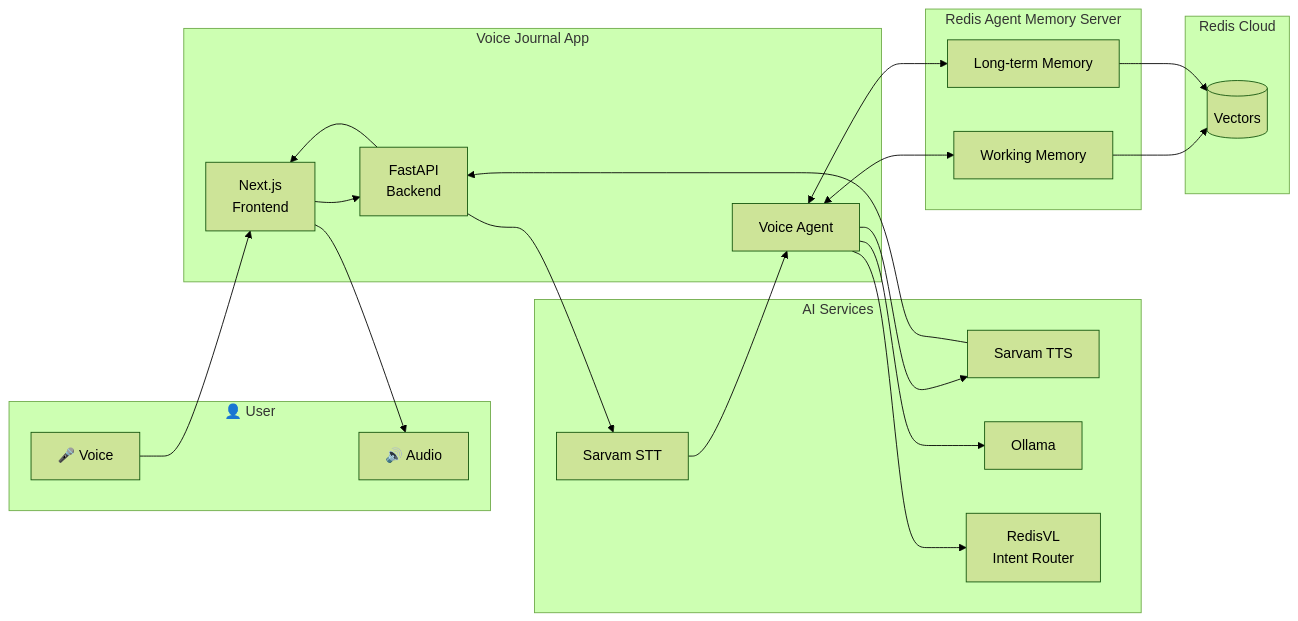
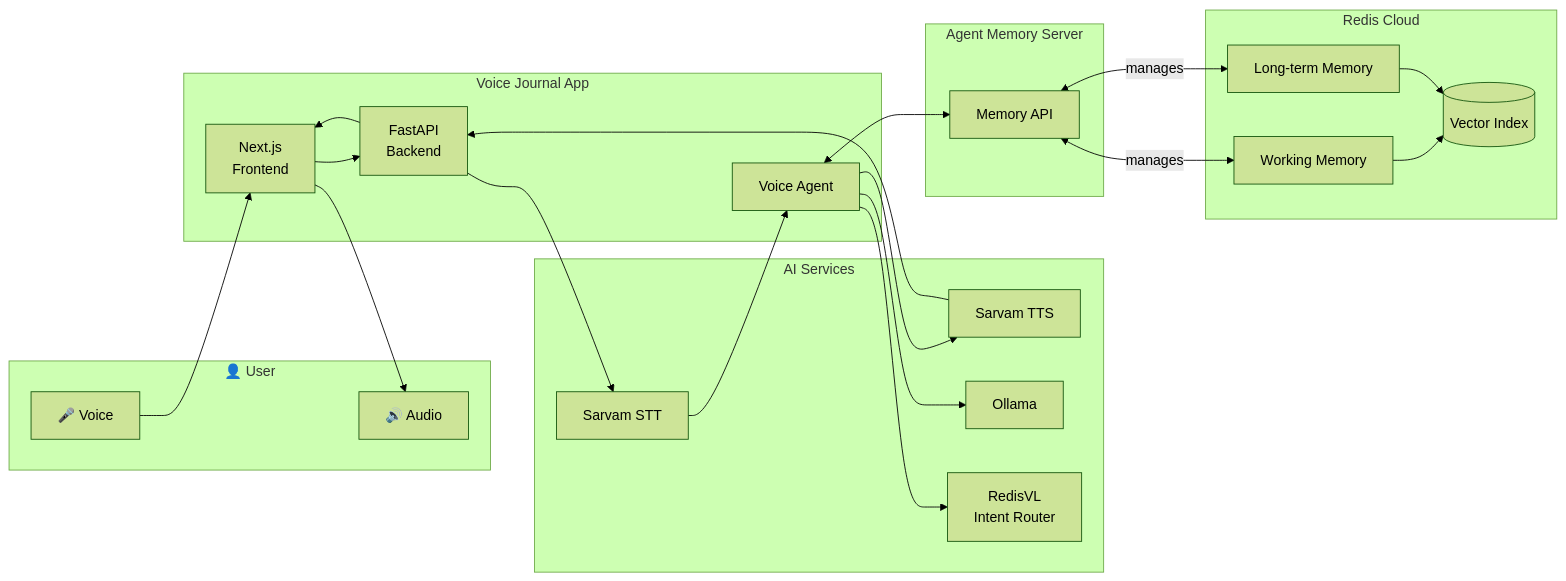
Before and after one commit to bhavana-giri/voice_ai_redis_memory_demo: the diagram in README.md, drawn with Mermaid (forest theme). The commit also changed other lines of this file and 1 other file, not shown here.

Commit message:
[refactor] README

````diff
--- a/README.md
+++ b/README.md
@@ -150,39 +152,41 @@
 ```mermaid
 flowchart LR
     subgraph User["👤 User"]
         MIC[🎤 Voice]
         SPEAKER[🔊 Audio]
     end
 
     subgraph App["Voice Journal App"]
         FE[Next.js<br/>Frontend]
         BE[FastAPI<br/>Backend]
         AGENT[Voice Agent]
     end
 
     subgraph AI["AI Services"]
         STT[Sarvam STT]
         TTS[Sarvam TTS]
         LLM[Ollama]
         ROUTER[RedisVL<br/>Intent Router]
     end
 
-    subgraph Memory["Redis Agent Memory Server"]
+    subgraph AMS["Agent Memory Server"]
+        API[Memory API]
+    end
+
+    subgraph Redis["Redis Cloud"]
         WM[Working Memory]
         LTM[Long-term Memory]
-    end
-
-    subgraph Storage["Redis Cloud"]
-        VEC[(Vectors)]
+        VEC[(Vector Index)]
     end
 
     MIC --> FE --> BE
     BE --> STT --> AGENT
     AGENT --> ROUTER
     AGENT --> LLM
-    AGENT <--> WM
-    AGENT <--> LTM
+    AGENT <--> API
+    API <-->|manages| WM
+    API <-->|manages| LTM
     WM --> VEC
     LTM --> VEC
     AGENT --> TTS --> BE --> FE --> SPEAKER
 ```
````
